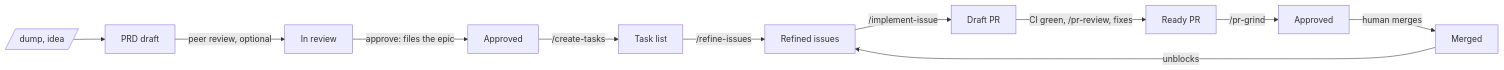
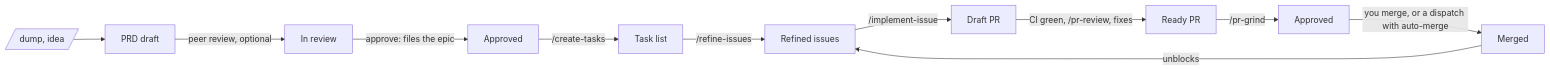
The diagram in docs/HOW-IT-WORKS.md (masnun-siam/ai-workflow), drawn with Mermaid before and after one commit. The commit also changed other lines of this file and 42 other files, not shown here.

````diff
--- a/docs/HOW-IT-WORKS.md
+++ b/docs/HOW-IT-WORKS.md
@@ -7,13 +9,13 @@
 ```mermaid
 flowchart LR
     X[/dump, idea/] --> A[PRD draft]
     A -->|peer review, optional| B[In review]
     B -->|approve: files the epic| C[Approved]
     C -->|/create-tasks| D[Task list]
     D -->|/refine-issues| E[Refined issues]
     E -->|/implement-issue| F[Draft PR]
     F -->|CI green, /pr-review, fixes| G[Ready PR]
     G -->|/pr-grind| H[Approved]
-    H -->|human merges| I[Merged]
+    H -->|you merge, or a dispatch with auto-merge| I[Merged]
     I -->|unblocks| E
 ```
````
